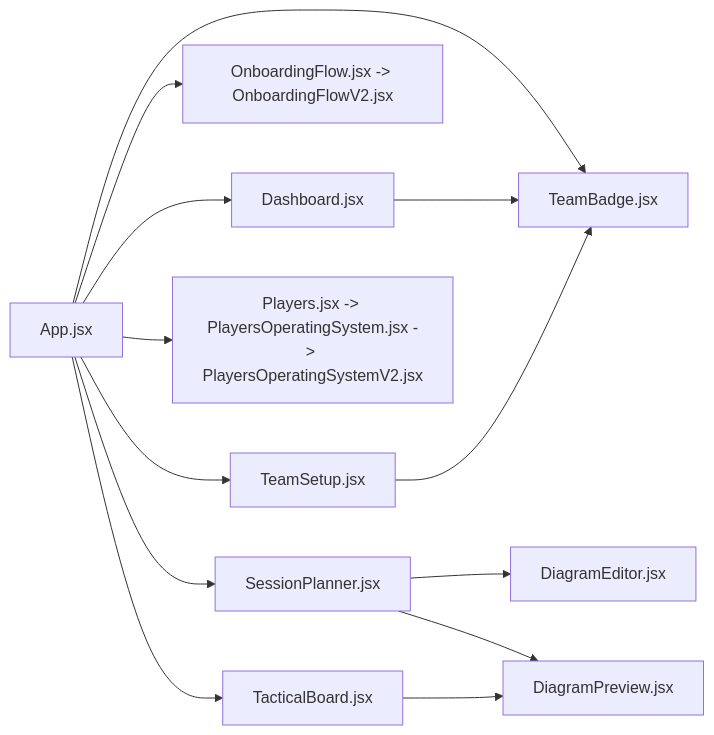
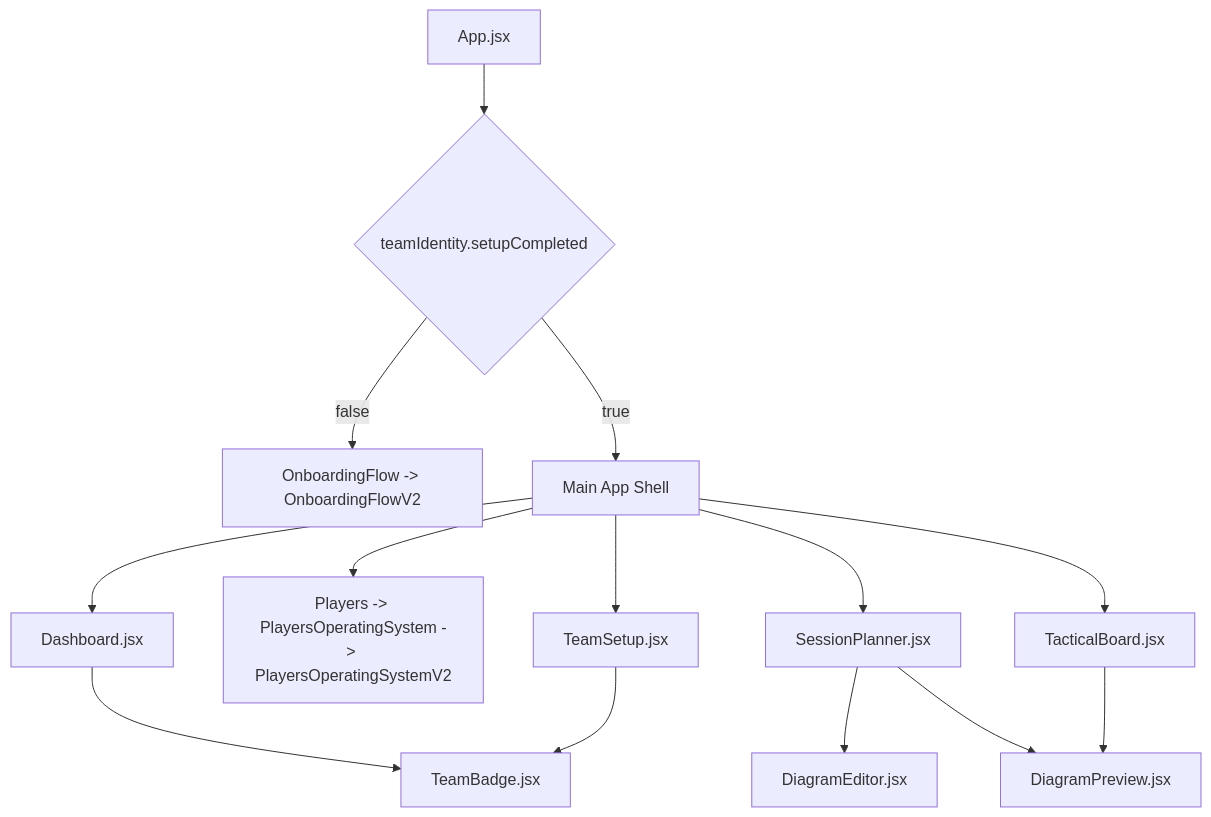
Before and after one commit to susmithdion7-oss/football-coach-command-centre: the diagram in docs/MODULE_GUIDE.md, drawn with Mermaid. The commit also changed other lines of this file, not shown here.

Commit message:
Expand module guide with roadmap details

````diff
--- a/docs/MODULE_GUIDE.md
+++ b/docs/MODULE_GUIDE.md
@@ -24,15 +24,16 @@
 ```mermaid
-flowchart LR
-  App[App.jsx] --> Dashboard[Dashboard.jsx]
-  App --> Onboarding[OnboardingFlow.jsx -> OnboardingFlowV2.jsx]
-  App --> TeamSetup[TeamSetup.jsx]
-  App --> Players[Players.jsx -> PlayersOperatingSystem.jsx -> PlayersOperatingSystemV2.jsx]
-  App --> Sessions[SessionPlanner.jsx]
-  App --> Tactics[TacticalBoard.jsx]
+flowchart TD
+  App[App.jsx] --> Gate{teamIdentity.setupCompleted}
+  Gate -- false --> Onboarding[OnboardingFlow -> OnboardingFlowV2]
+  Gate -- true --> Shell[Main App Shell]
+  Shell --> Dashboard[Dashboard.jsx]
+  Shell --> Players[Players -> PlayersOperatingSystem -> PlayersOperatingSystemV2]
+  Shell --> Sessions[SessionPlanner.jsx]
+  Shell --> Tactics[TacticalBoard.jsx]
+  Shell --> Setup[TeamSetup.jsx]
   Sessions --> DiagramEditor[DiagramEditor.jsx]
   Sessions --> DiagramPreview[DiagramPreview.jsx]
   Tactics --> DiagramPreview
-  App --> TeamBadge[TeamBadge.jsx]
-  Dashboard --> TeamBadge
-  TeamSetup --> TeamBadge
+  Dashboard --> TeamBadge[TeamBadge.jsx]
+  Setup --> TeamBadge
 ```
````
